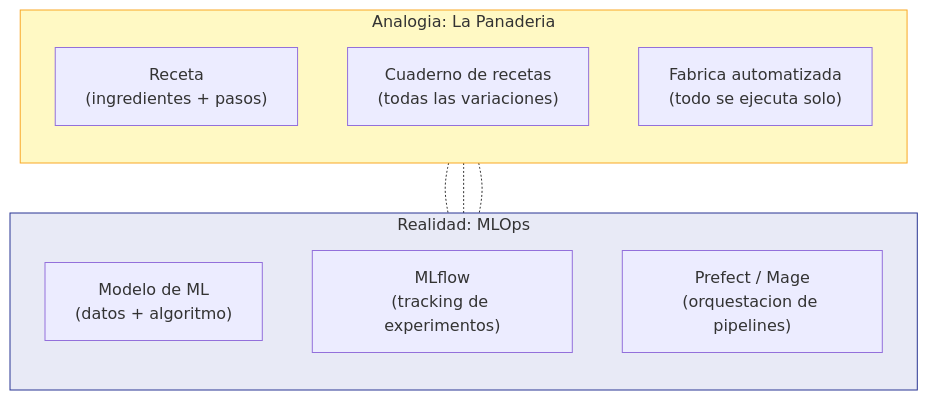
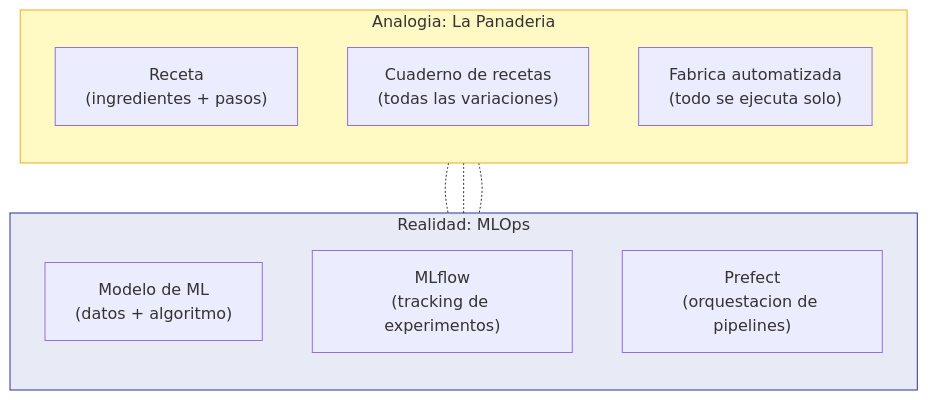
The second of 14 diagrams in docs/cierre-del-curso.md (dpalacioj/MLOps-Course), drawn with Mermaid before and after one commit. The commit also changed other lines of this file and 13 other files, not shown here.

````diff
--- a/docs/cierre-del-curso.md
+++ b/docs/cierre-del-curso.md
@@ -110,23 +114,23 @@
 ```mermaid
 flowchart TB
     subgraph PANADERIA["Analogia: La Panaderia"]
         direction TB
         R1["Receta\n(ingredientes + pasos)"]
         R2["Cuaderno de recetas\n(todas las variaciones)"]
         R3["Fabrica automatizada\n(todo se ejecuta solo)"]
     end
 
     subgraph MLOPS["Realidad: MLOps"]
         direction TB
         M1["Modelo de ML\n(datos + algoritmo)"]
         M2["MLflow\n(tracking de experimentos)"]
-        M3["Prefect / Mage\n(orquestacion de pipelines)"]
+        M3["Prefect\n(orquestacion de pipelines)"]
     end
 
     R1 -.- M1
     R2 -.- M2
     R3 -.- M3
 
     style PANADERIA fill:#FFF9C4,stroke:#F9A825
     style MLOPS fill:#E8EAF6,stroke:#283593
 ```
````
